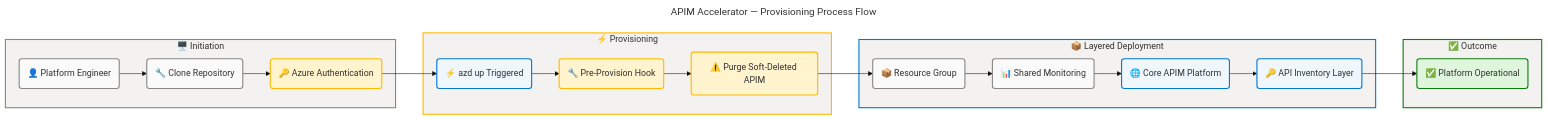
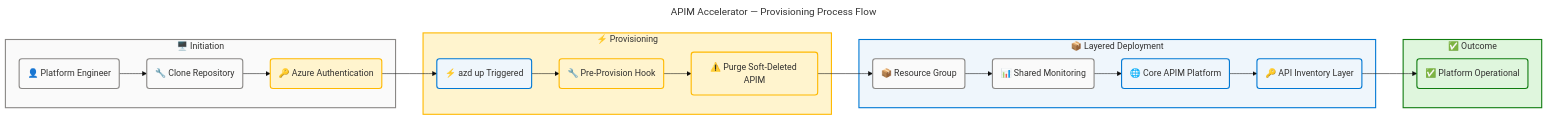
The second of 6 diagrams in docs/architecture/business-architecture.md (Evilazaro/APIM-Accelerator), drawn with Mermaid before and after one commit. The commit also changed other lines of this file and 2 other files, not shown here.

Commit message:
style: update flowchart colors for consistency and improved clarity across architecture documentation

````diff
--- a/docs/architecture/business-architecture.md
+++ b/docs/architecture/business-architecture.md
@@ -347,64 +347,64 @@
 ```mermaid
 ---
 title: "APIM Accelerator — Provisioning Process Flow"
 config:
   theme: base
   look: classic
   layout: dagre
   themeVariables:
     fontSize: '16px'
   flowchart:
     htmlLabels: true
 ---
 flowchart LR
     accTitle: API Platform Provisioning Process Flow
     accDescr: End-to-end provisioning sequence from platform engineer authentication through azd-up trigger, pre-provision hook soft-delete cleanup, layered Bicep deployment of monitoring then APIM then inventory, to operational platform outcome — sourced from README.md and azure.yaml
 
     %% ═══════════════════════════════════════════════════════════════════════════
     %% AZURE / FLUENT ARCHITECTURE PATTERN v1.1
     %% (Semantic + Structural + Font + Accessibility Governance)
     %% ═══════════════════════════════════════════════════════════════════════════
     %% PHASE 1 - FLUENT UI: All styling uses approved Fluent UI palette only
     %% PHASE 2 - GROUPS: Every subgraph has semantic color via style directive
     %% PHASE 3 - COMPONENTS: Every node has semantic classDef + icon prefix
     %% PHASE 4 - ACCESSIBILITY: accTitle/accDescr present, WCAG AA contrast
     %% PHASE 5 - STANDARD: Governance block present, classDefs centralized
     %% ═══════════════════════════════════════════════════════════════════════════
 
     subgraph initiation["🖥️ Initiation"]
         actor("👤 Platform Engineer"):::neutral
         clone("🔧 Clone Repository"):::neutral
         auth("🔑 Azure Authentication"):::warning
     end
 
     subgraph provisioning["⚡ Provisioning"]
         trigger("⚡ azd up Triggered"):::core
         preHook("🔧 Pre-Provision Hook"):::warning
         purge("⚠️ Purge Soft-Deleted APIM"):::warning
     end
 
     subgraph deployment["📦 Layered Deployment"]
         rg("📦 Resource Group"):::neutral
         monitoring("📊 Shared Monitoring"):::neutral
         apim("🌐 Core APIM Platform"):::core
         inventory("🔑 API Inventory Layer"):::core
     end
 
     subgraph outcome["✅ Outcome"]
         ready("✅ Platform Operational"):::success
     end
 
     actor --> clone --> auth --> trigger
     trigger --> preHook --> purge --> rg
     rg --> monitoring --> apim --> inventory --> ready
 
-    style initiation fill:#F3F2F1,stroke:#8A8886,stroke-width:2px,color:#323130
-    style provisioning fill:#F3F2F1,stroke:#FFB900,stroke-width:2px,color:#323130
-    style deployment fill:#F3F2F1,stroke:#0078D4,stroke-width:2px,color:#323130
-    style outcome fill:#F3F2F1,stroke:#107C10,stroke-width:2px,color:#323130
+    style initiation fill:#FAFAFA,stroke:#8A8886,stroke-width:2px,color:#323130
+    style provisioning fill:#FFF4CE,stroke:#FFB900,stroke-width:2px,color:#323130
+    style deployment fill:#EFF6FC,stroke:#0078D4,stroke-width:2px,color:#323130
+    style outcome fill:#DFF6DD,stroke:#107C10,stroke-width:2px,color:#323130
 
     classDef neutral fill:#FAFAFA,stroke:#8A8886,stroke-width:2px,color:#323130
     classDef core fill:#EFF6FC,stroke:#0078D4,stroke-width:2px,color:#323130
     classDef success fill:#DFF6DD,stroke:#107C10,stroke-width:2px,color:#323130
     classDef warning fill:#FFF4CE,stroke:#FFB900,stroke-width:2px,color:#323130
 ```
````
